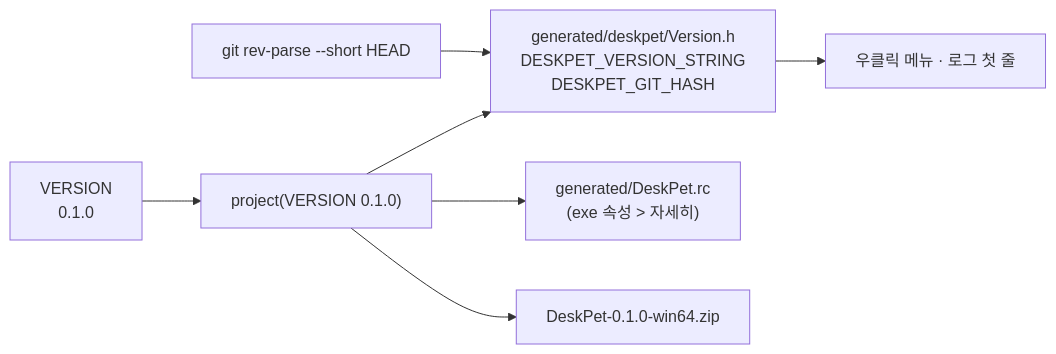
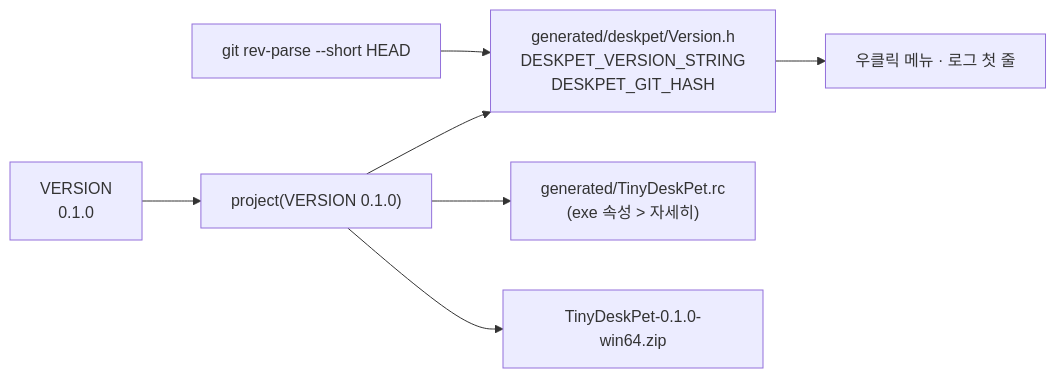
The third of 5 diagrams in docs/05-devops/ci-cd-implementation.md (ChoHye0N/TinyDeskPet), drawn with Mermaid before and after one commit. The commit also changed other lines of this file and 25 other files, not shown here.

First line of the commit message:
build: 프로그램 이름을 저장소와 같은 TinyDeskPet으로 변경 (#38)

````diff
--- a/docs/05-devops/ci-cd-implementation.md
+++ b/docs/05-devops/ci-cd-implementation.md
@@ -107,9 +107,9 @@
 ```mermaid
 flowchart LR
     V["VERSION<br/>0.1.0"] --> P["project(VERSION 0.1.0)"]
     G["git rev-parse --short HEAD"] --> H
     P --> H["generated/deskpet/Version.h<br/>DESKPET_VERSION_STRING<br/>DESKPET_GIT_HASH"]
-    P --> RC["generated/DeskPet.rc<br/>(exe 속성 > 자세히)"]
-    P --> Z["DeskPet-0.1.0-win64.zip"]
+    P --> RC["generated/TinyDeskPet.rc<br/>(exe 속성 > 자세히)"]
+    P --> Z["TinyDeskPet-0.1.0-win64.zip"]
     H --> Menu["우클릭 메뉴 · 로그 첫 줄"]
 ```
````
